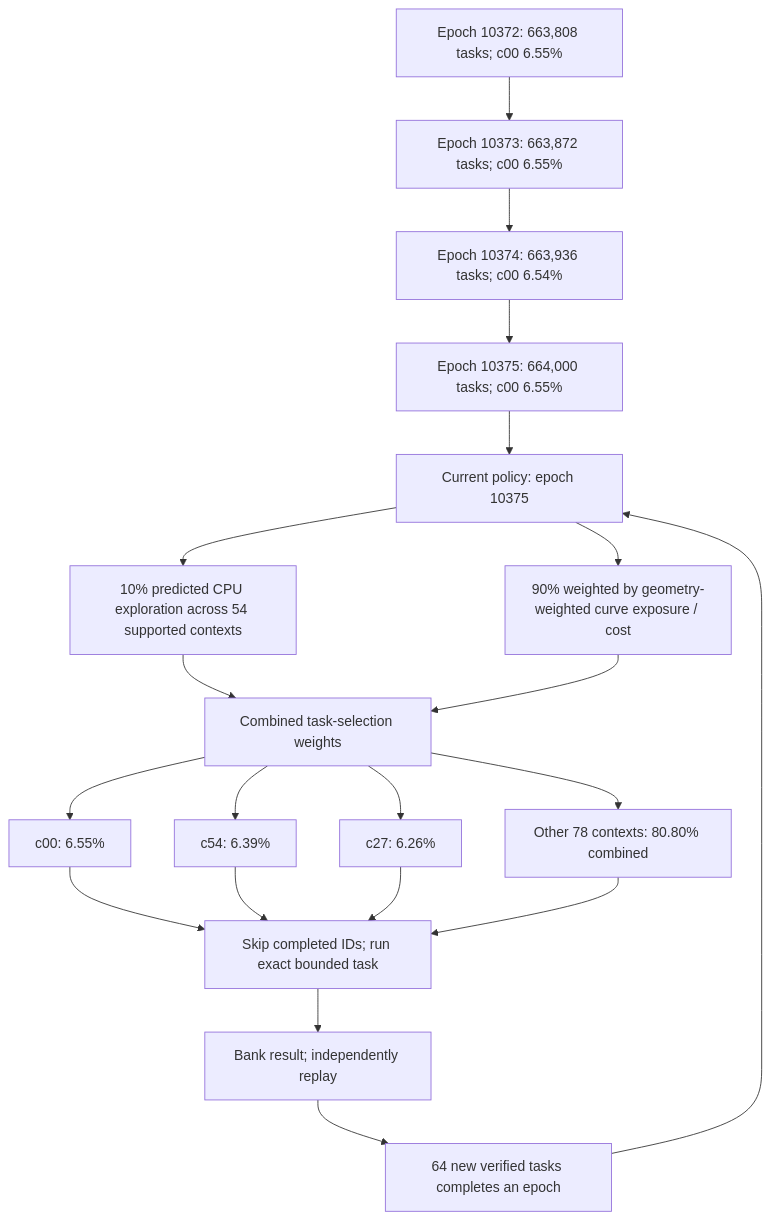
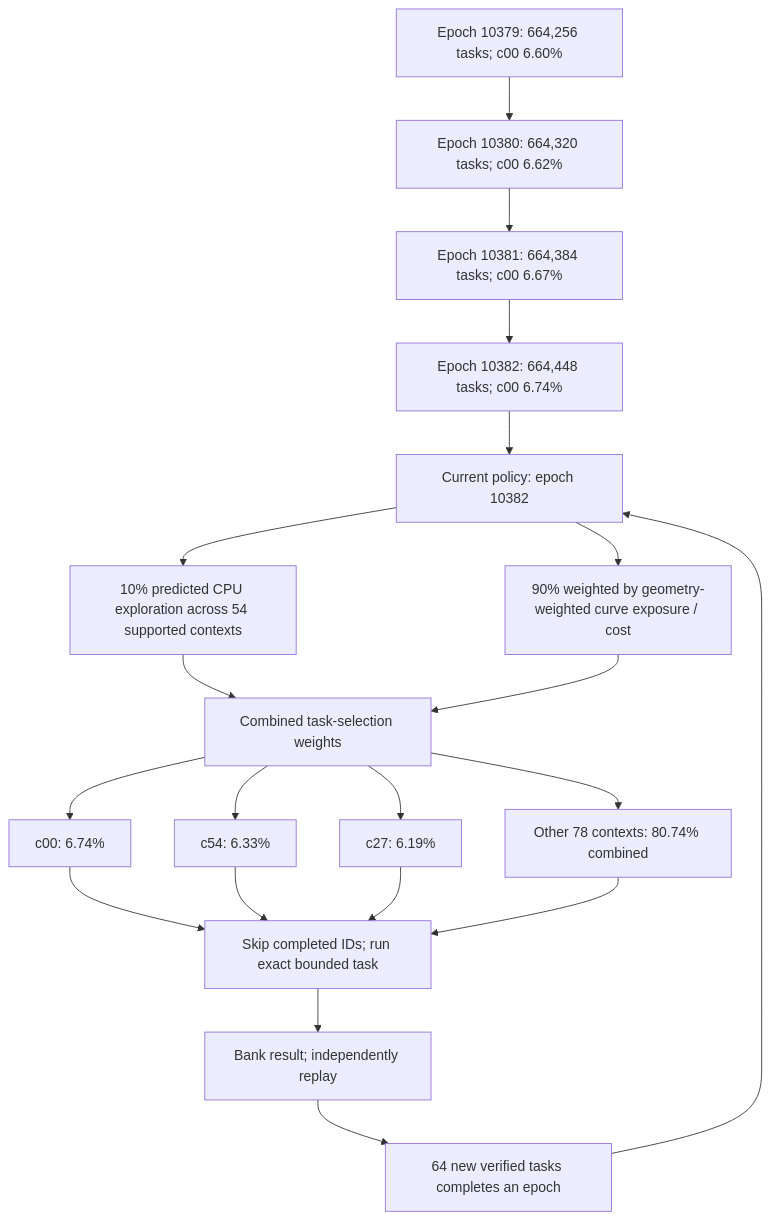
The first of 4 diagrams in README.md (Kuberwastaken/math-gambling), drawn with Mermaid before and after one commit. The commit also changed other lines of this file and 1526 other files, not shown here.

````diff
--- a/README.md
+++ b/README.md
@@ -60,27 +60,27 @@
 ```mermaid
 flowchart TD
-    H0["Epoch 10372: 663,808 tasks; c00 6.55%"]
-    H1["Epoch 10373: 663,872 tasks; c00 6.55%"]
+    H0["Epoch 10379: 664,256 tasks; c00 6.60%"]
+    H1["Epoch 10380: 664,320 tasks; c00 6.62%"]
     H0 --> H1
-    H2["Epoch 10374: 663,936 tasks; c00 6.54%"]
+    H2["Epoch 10381: 664,384 tasks; c00 6.67%"]
     H1 --> H2
-    H3["Epoch 10375: 664,000 tasks; c00 6.55%"]
+    H3["Epoch 10382: 664,448 tasks; c00 6.74%"]
     H2 --> H3
-    Policy["Current policy: epoch 10375"]
+    Policy["Current policy: epoch 10382"]
     H3 --> Policy
     Policy --> Explore["10% predicted CPU exploration across 54 supported contexts"]
     Policy --> Cost["90% weighted by geometry-weighted curve exposure / cost"]
     Explore --> Mix["Combined task-selection weights"]
     Cost --> Mix
-    Mix --> C0["c00: 6.55%"]
-    Mix --> C1["c54: 6.39%"]
-    Mix --> C2["c27: 6.26%"]
-    Mix --> Rest["Other 78 contexts: 80.80% combined"]
+    Mix --> C0["c00: 6.74%"]
+    Mix --> C1["c54: 6.33%"]
+    Mix --> C2["c27: 6.19%"]
+    Mix --> Rest["Other 78 contexts: 80.74% combined"]
     C0 --> Check["Skip completed IDs; run exact bounded task"]
     C1 --> Check
     C2 --> Check
     Rest --> Check
     Check --> Replay["Bank result; independently replay"]
     Replay --> Gate["64 new verified tasks completes an epoch"]
     Gate --> Policy
 ```
````
